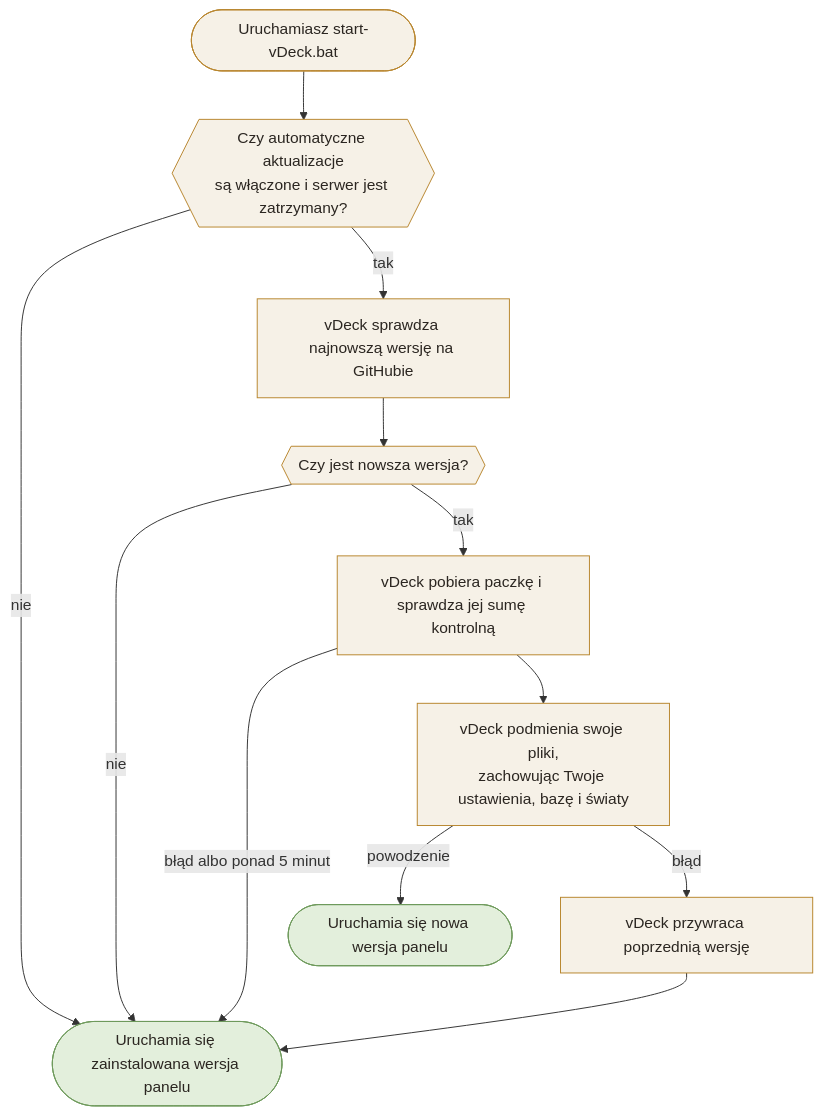
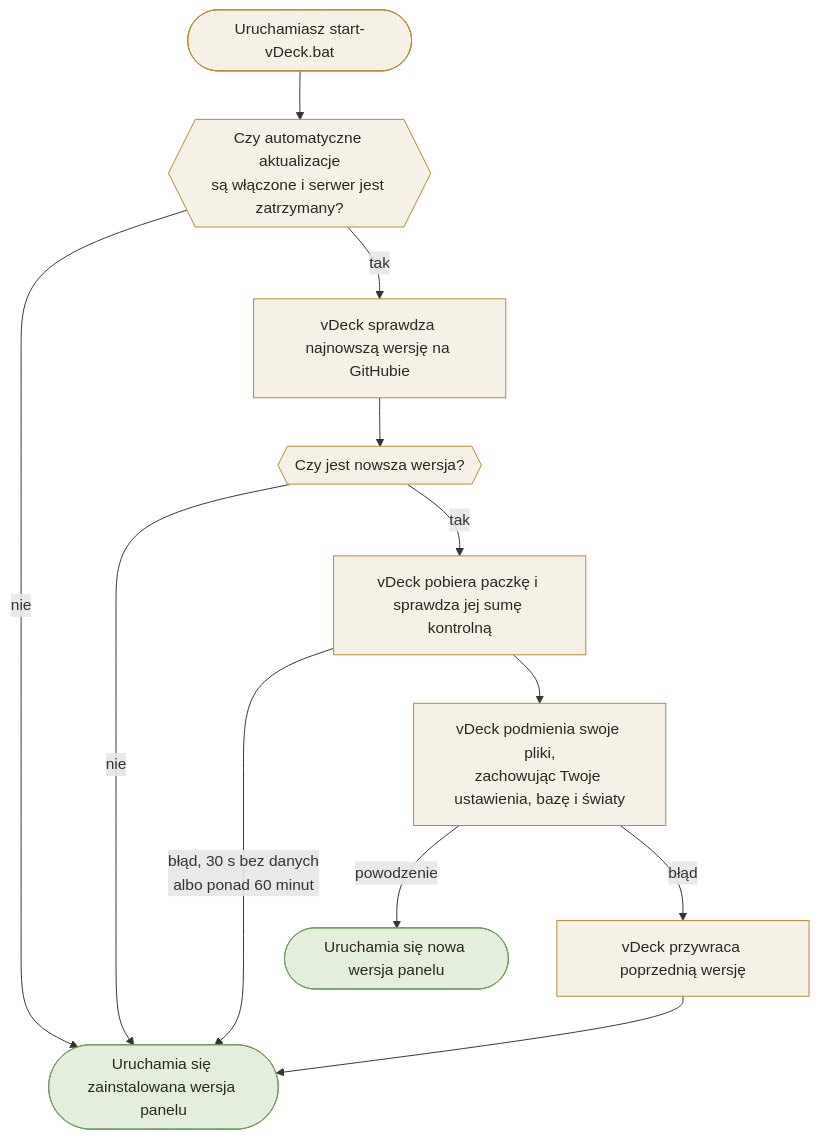
The diagram in dokumentacja/instrukcja-uzytkownika/rysunki/aktualizacja.mmd (Pplociennik/vDeck), drawn with Mermaid before and after one commit. The commit also changed 20 other files, not shown here.

```diff
--- a/dokumentacja/instrukcja-uzytkownika/rysunki/aktualizacja.mmd
+++ b/dokumentacja/instrukcja-uzytkownika/rysunki/aktualizacja.mmd
@@ -1,18 +1,18 @@
 %% Rysunek instrukcji: co się dzieje przy uruchomieniu vDeck, gdy jest nowa wersja
 flowchart TD
     start([Uruchamiasz start-vDeck.bat]) --> enabled{{Czy automatyczne aktualizacje<br/>są włączone i serwer jest zatrzymany?}}
     enabled -- nie --> panel([Uruchamia się zainstalowana wersja panelu])
     enabled -- tak --> check[vDeck sprawdza najnowszą wersję na GitHubie]
     check --> newer{{Czy jest nowsza wersja?}}
     newer -- nie --> panel
     newer -- tak --> download[vDeck pobiera paczkę i sprawdza jej sumę kontrolną]
-    download -- błąd albo ponad 5 minut --> panel
+    download -- błąd, 30 s bez danych<br/>albo ponad 60 minut --> panel
     download --> install[vDeck podmienia swoje pliki,<br/>zachowując Twoje ustawienia, bazę i światy]
     install -- powodzenie --> newPanel([Uruchamia się nowa wersja panelu])
     install -- błąd --> rollback[vDeck przywraca poprzednią wersję]
     rollback --> panel
 
     classDef step fill:#f6f1e7,stroke:#b8862e,color:#2b2621
     classDef good fill:#e3efdc,stroke:#6f9a5c,color:#2b2621
     class start,enabled,check,newer,download,install,rollback step
     class panel,newPanel good
```
